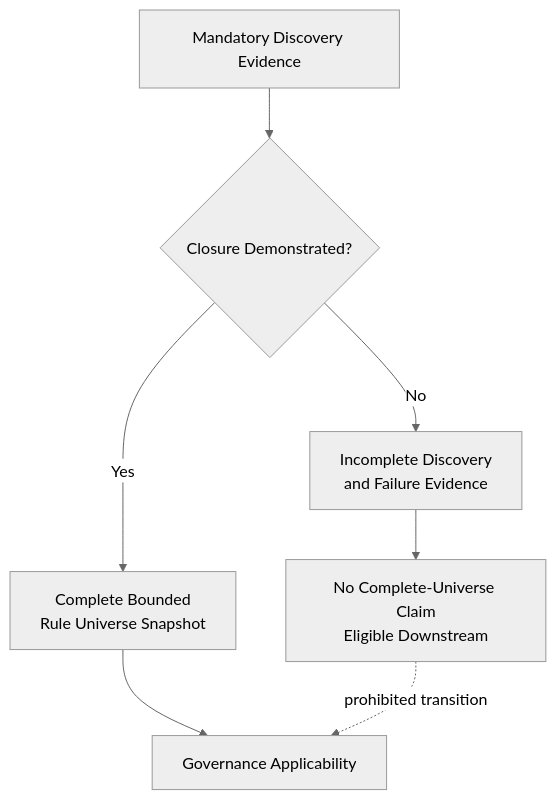
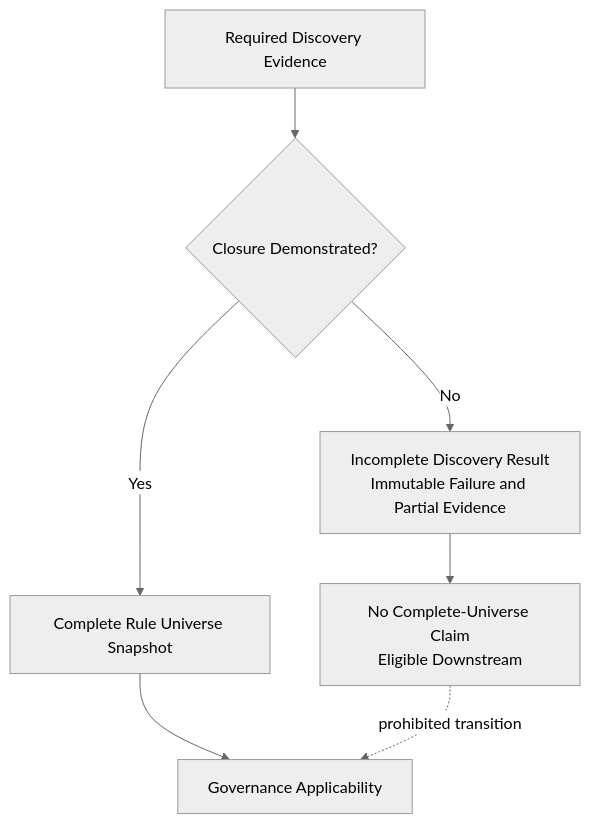
The third of 3 diagrams in docs/architecture/GOVERNANCE_RULE_DISCOVERY_ARCHITECTURE_DECISION_PROPOSAL.md (dchaschin79-sys/cliff-ai-development-platform), drawn with Mermaid (neutral theme) before and after one commit. The commit also changed other lines of this file, not shown here.

Commit message:
docs(architecture): resolve Governance Rule Discovery ADP review findings

````diff
--- a/docs/architecture/GOVERNANCE_RULE_DISCOVERY_ARCHITECTURE_DECISION_PROPOSAL.md
+++ b/docs/architecture/GOVERNANCE_RULE_DISCOVERY_ARCHITECTURE_DECISION_PROPOSAL.md
@@ -446,16 +479,16 @@
 ```mermaid
 flowchart TB
-    ME["Mandatory Discovery Evidence"]
+    ME["Required Discovery Evidence"]
     CV{"Closure Demonstrated?"}
-    CS["Complete Bounded<br/>Rule Universe Snapshot"]
-    IA["Incomplete Discovery<br/>and Failure Evidence"]
+    CS["Complete Rule Universe Snapshot"]
+    IA["Incomplete Discovery Result<br/>Immutable Failure and Partial Evidence"]
     GA["Governance Applicability"]
     STOP["No Complete-Universe Claim<br/>Eligible Downstream"]
 
     ME --> CV
     CV -- "Yes" --> CS
     CS --> GA
     CV -- "No" --> IA
     IA --> STOP
     STOP -. "prohibited transition" .-> GA
 ```
````
